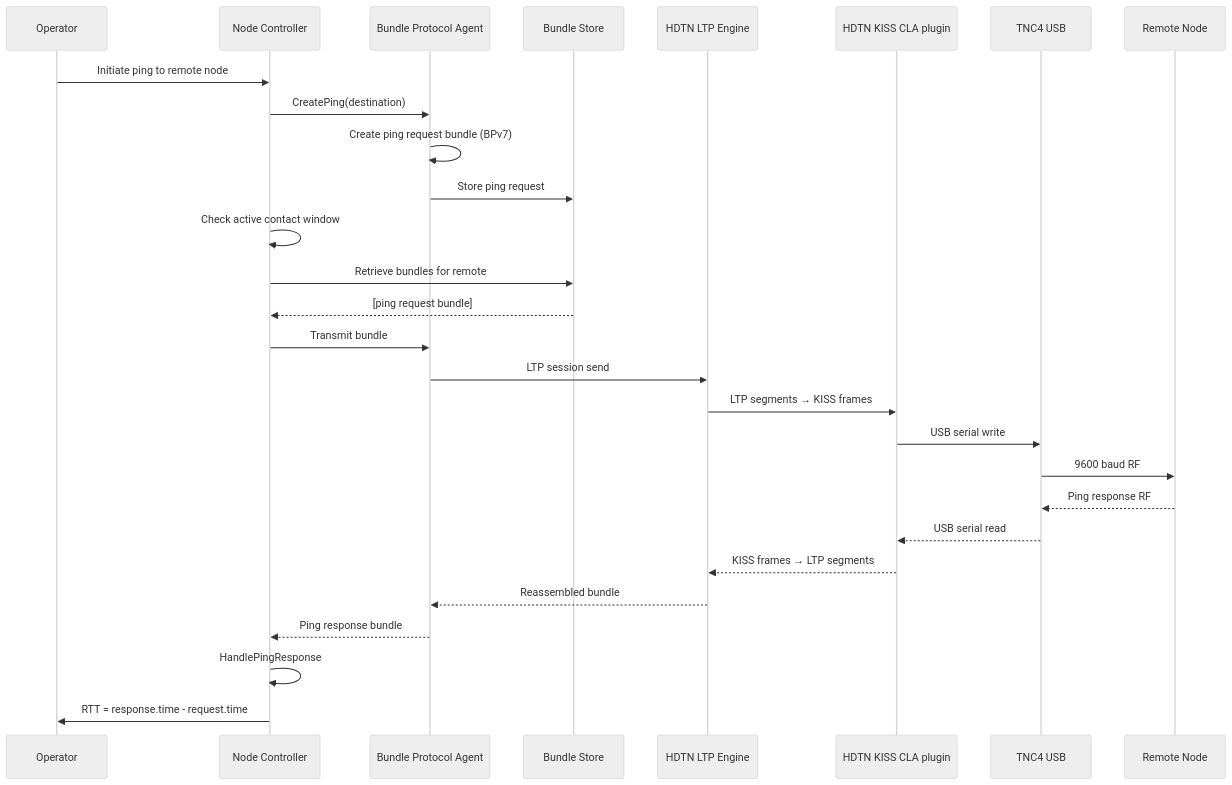
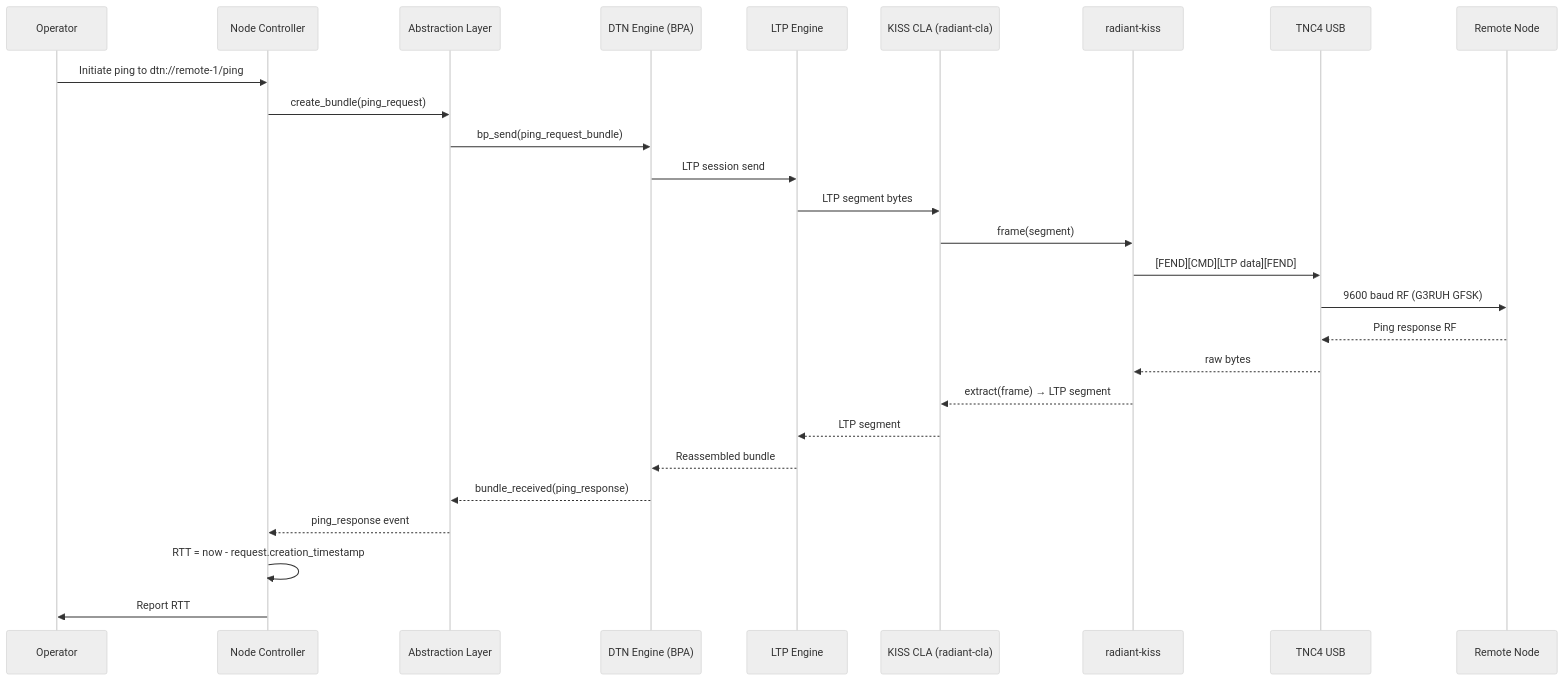
Before and after one commit to g4dpz/cislunar_proposal: the third of 5 diagrams in docs/terrestrial-dtn-phase1/design.md, drawn with Mermaid (neutral theme). The commit also changed other lines of this file and 48 other files, not shown here.

First line of the commit message:
feat: add radiant-dtn-abstraction crate with ION/Hardy interop

````diff
--- a/docs/terrestrial-dtn-phase1/design.md
+++ b/docs/terrestrial-dtn-phase1/design.md
@@ -86,31 +146,30 @@
 ```mermaid
 sequenceDiagram
     participant Op as Operator
     participant NC as Node Controller
-    participant BPA as Bundle Protocol Agent
-    participant BS as Bundle Store
-    participant LTP as HDTN LTP Engine
-    participant CLA as HDTN KISS CLA plugin
+    participant AL as Abstraction Layer
+    participant BPA as DTN Engine (BPA)
+    participant LTP as LTP Engine
+    participant CLA as KISS CLA (radiant-cla)
+    participant KISS as radiant-kiss
     participant TNC as TNC4 USB
     participant Remote as Remote Node
 
-    Op->>NC: Initiate ping to remote node
-    NC->>BPA: CreatePing(destination)
-    BPA->>BPA: Create ping request bundle (BPv7)
-    BPA->>BS: Store ping request
-    NC->>NC: Check active contact window
-    NC->>BS: Retrieve bundles for remote
-    BS-->>NC: [ping request bundle]
-    NC->>BPA: Transmit bundle
+    Op->>NC: Initiate ping to dtn://remote-1/ping
+    NC->>AL: create_bundle(ping_request)
+    AL->>BPA: bp_send(ping_request_bundle)
     BPA->>LTP: LTP session send
-    LTP->>CLA: LTP segments → KISS frames
-    CLA->>TNC: USB serial write
-    TNC->>Remote: 9600 baud RF
+    LTP->>CLA: LTP segment bytes
+    CLA->>KISS: frame(segment)
+    KISS->>TNC: [FEND][CMD][LTP data][FEND]
+    TNC->>Remote: 9600 baud RF (G3RUH GFSK)
     Remote-->>TNC: Ping response RF
-    TNC-->>CLA: USB serial read
-    CLA-->>LTP: KISS frames → LTP segments
+    TNC-->>KISS: raw bytes
+    KISS-->>CLA: extract(frame) → LTP segment
+    CLA-->>LTP: LTP segment
     LTP-->>BPA: Reassembled bundle
-    BPA-->>NC: Ping response bundle
-    NC->>NC: HandlePingResponse
-    NC->>Op: RTT = response.time - request.time
+    BPA-->>AL: bundle_received(ping_response)
+    AL-->>NC: ping_response event
+    NC->>NC: RTT = now - request.creation_timestamp
+    NC->>Op: Report RTT
 ```
````
